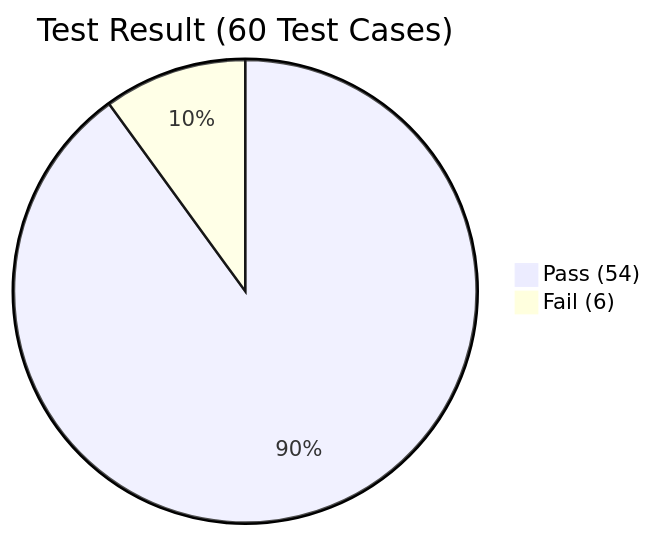
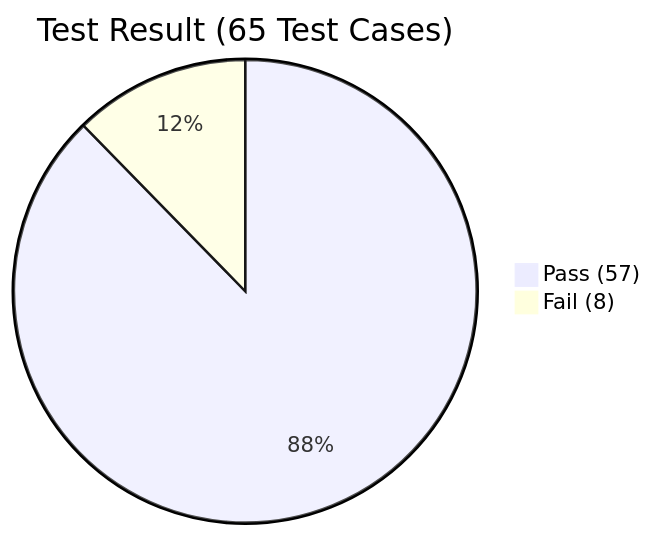
The diagram in hge/reports/TEST_REPORT.md (Szeligor/AI-playground), drawn with Mermaid before and after one commit. The commit also changed other lines of this file and 5 other files, not shown here.

````diff
--- a/hge/reports/TEST_REPORT.md
+++ b/hge/reports/TEST_REPORT.md
@@ -13,5 +13,5 @@
 ```mermaid
-pie title Test Result (60 Test Cases)
-    "Pass (54)" : 54
-    "Fail (6)" : 6
+pie title Test Result (65 Test Cases)
+    "Pass (57)" : 57
+    "Fail (8)" : 8
 ```
````
